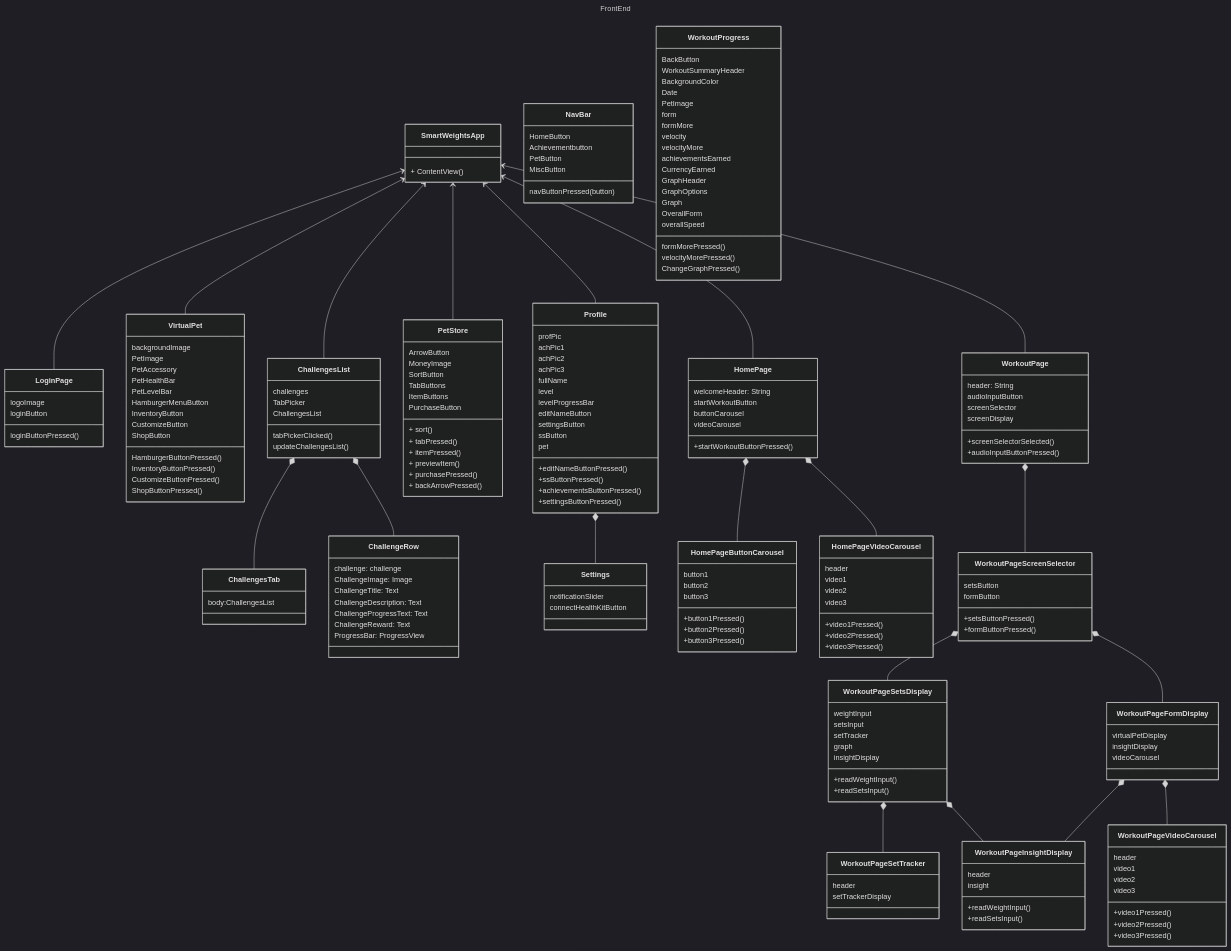
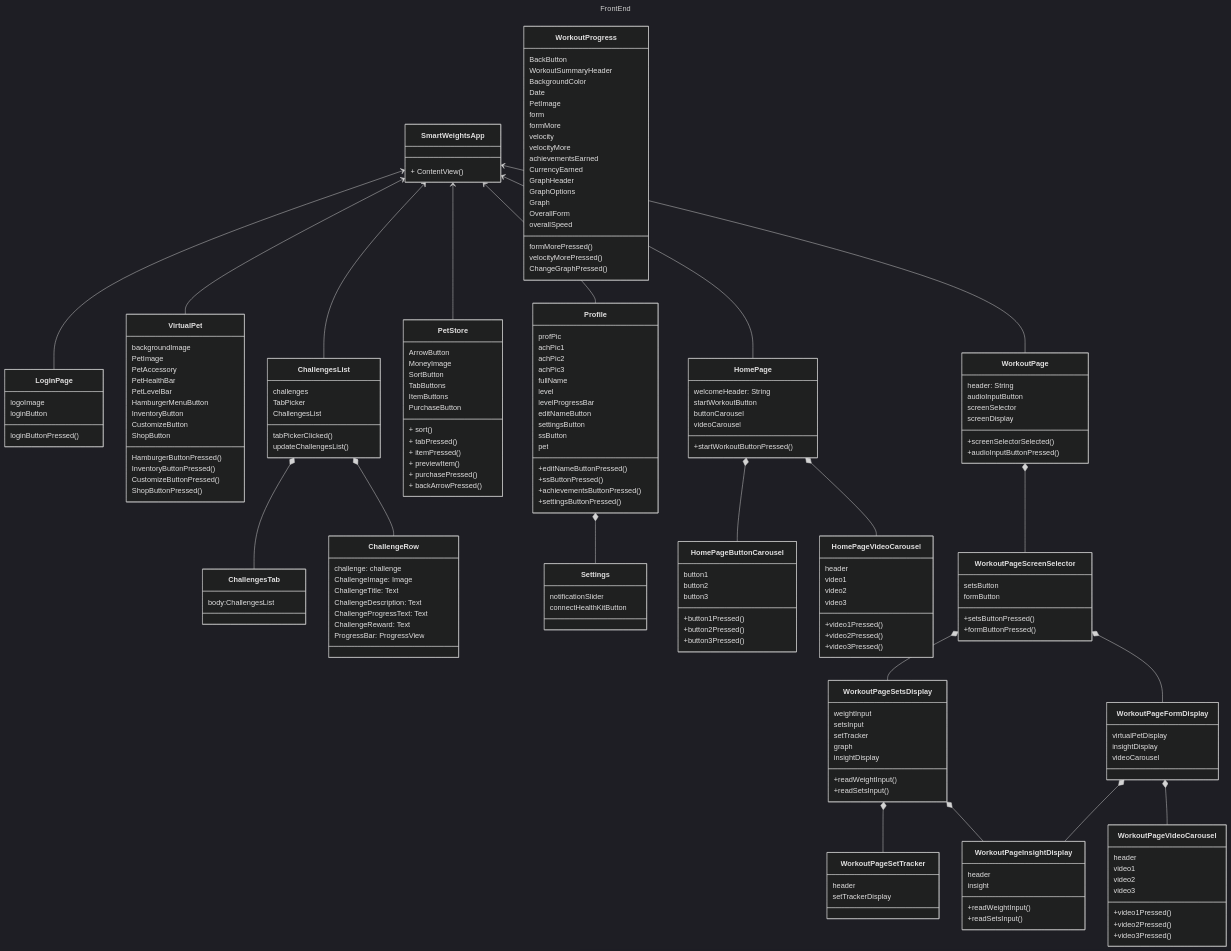
Before and after one commit to Capstone-Projects-2024-Spring/project-smartweights: the first of 2 diagrams in documentation/docs/system-architecture/class-diagram.md, drawn with Mermaid (dark theme).

```diff
--- a/documentation/docs/system-architecture/class-diagram.md
+++ b/documentation/docs/system-architecture/class-diagram.md
@@ -166,13 +166,7 @@
         +video3Pressed()
 
     }
-     class NavBar{
-    HomeButton
-    Achievementbutton
-    PetButton
-    MiscButton
-    navButtonPressed(button)
-   }
+     
     class WorkoutProgress{
         BackButton
         WorkoutSummaryHeader
@@ -206,15 +200,7 @@
     SmartWeightsApp <-- WorkoutPage
      
     SmartWeightsApp <-- LoginPage
-    %% MainApp *-- NavBar
    
-    
-    %% NavBar --o Profile
-    %% NavBar --o VirtualPet
-    %% NavBar --o ChallengesList
-    %% NavBar --o PetStore
-    %% NavBar --o HomePage
-    %% NavBar --o WorkoutPage
 
     HomePage *-- HomePageButtonCarousel
     HomePage *-- HomePageVideoCarousel
```
